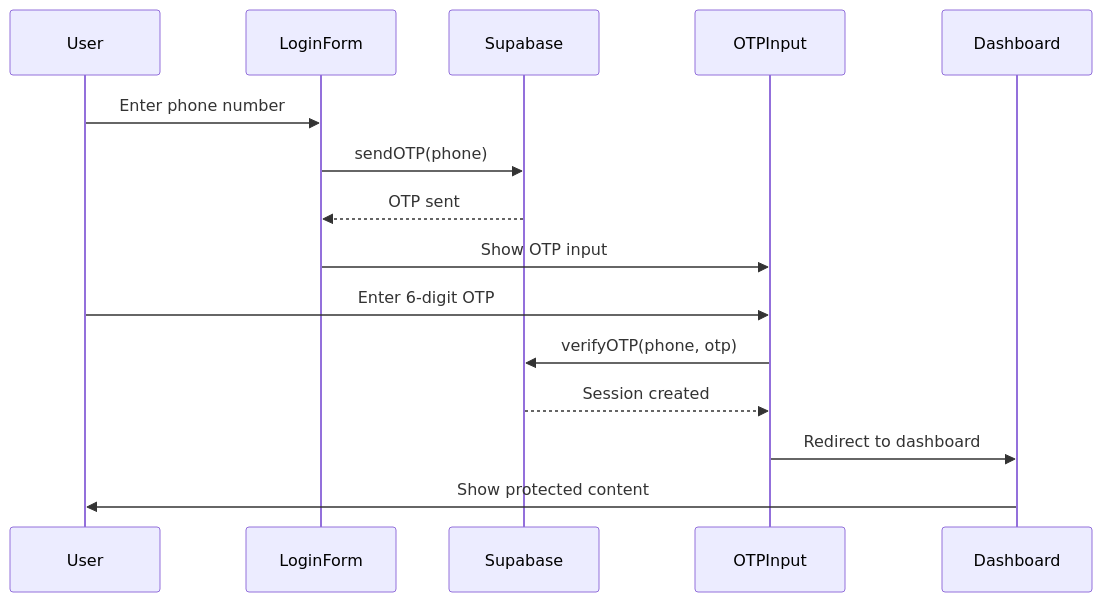
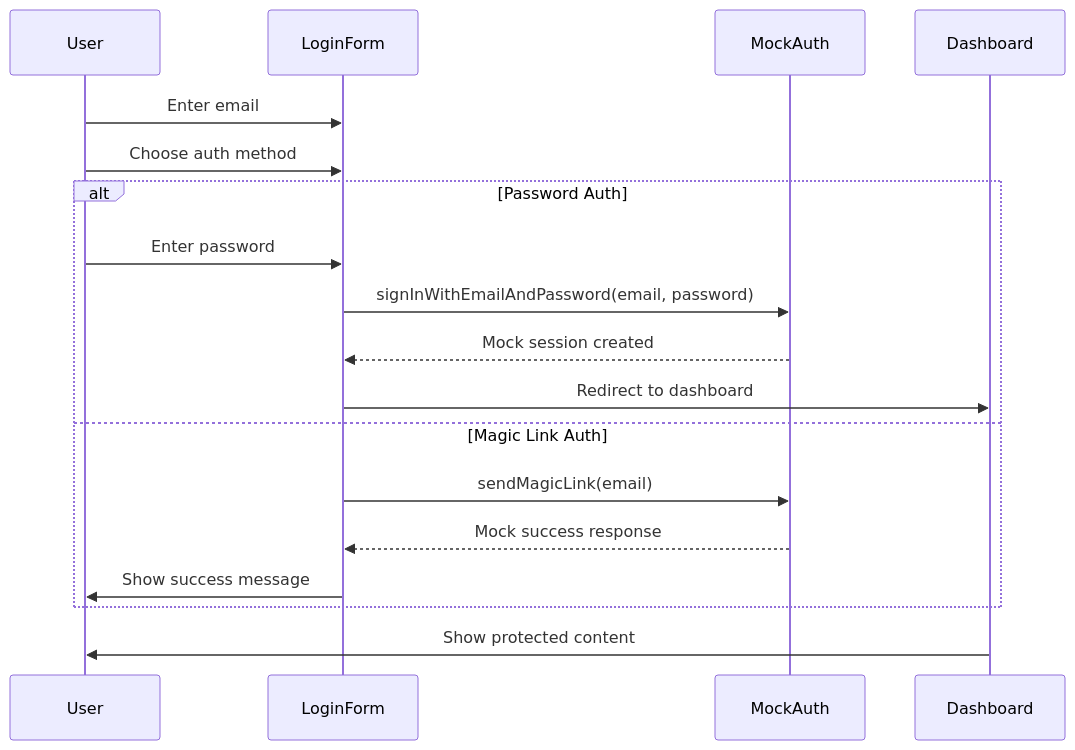
One commit to Muhammad-Owais-Warsi/cueron-partner changed the diagram in apps/web/src/components/auth/README.md. Above: the diagram before and after it, drawn with Mermaid. The commit also changed other lines of this file and 155 other files, not shown here.

````diff
--- a/apps/web/src/components/auth/README.md
+++ b/apps/web/src/components/auth/README.md
@@ -202,18 +178,21 @@
 ```mermaid
 sequenceDiagram
     participant User
     participant LoginForm
-    participant Supabase
-    participant OTPInput
+    participant MockAuth
     participant Dashboard
 
-    User->>LoginForm: Enter phone number
-    LoginForm->>Supabase: sendOTP(phone)
-    Supabase-->>LoginForm: OTP sent
-    LoginForm->>OTPInput: Show OTP input
-    User->>OTPInput: Enter 6-digit OTP
-    OTPInput->>Supabase: verifyOTP(phone, otp)
-    Supabase-->>OTPInput: Session created
-    OTPInput->>Dashboard: Redirect to dashboard
+    User->>LoginForm: Enter email
+    User->>LoginForm: Choose auth method
+    alt Password Auth
+        User->>LoginForm: Enter password
+        LoginForm->>MockAuth: signInWithEmailAndPassword(email, password)
+        MockAuth-->>LoginForm: Mock session created
+        LoginForm->>Dashboard: Redirect to dashboard
+    else Magic Link Auth
+        LoginForm->>MockAuth: sendMagicLink(email)
+        MockAuth-->>LoginForm: Mock success response
+        LoginForm->>User: Show success message
+    end
     Dashboard->>User: Show protected content
 ```
````
